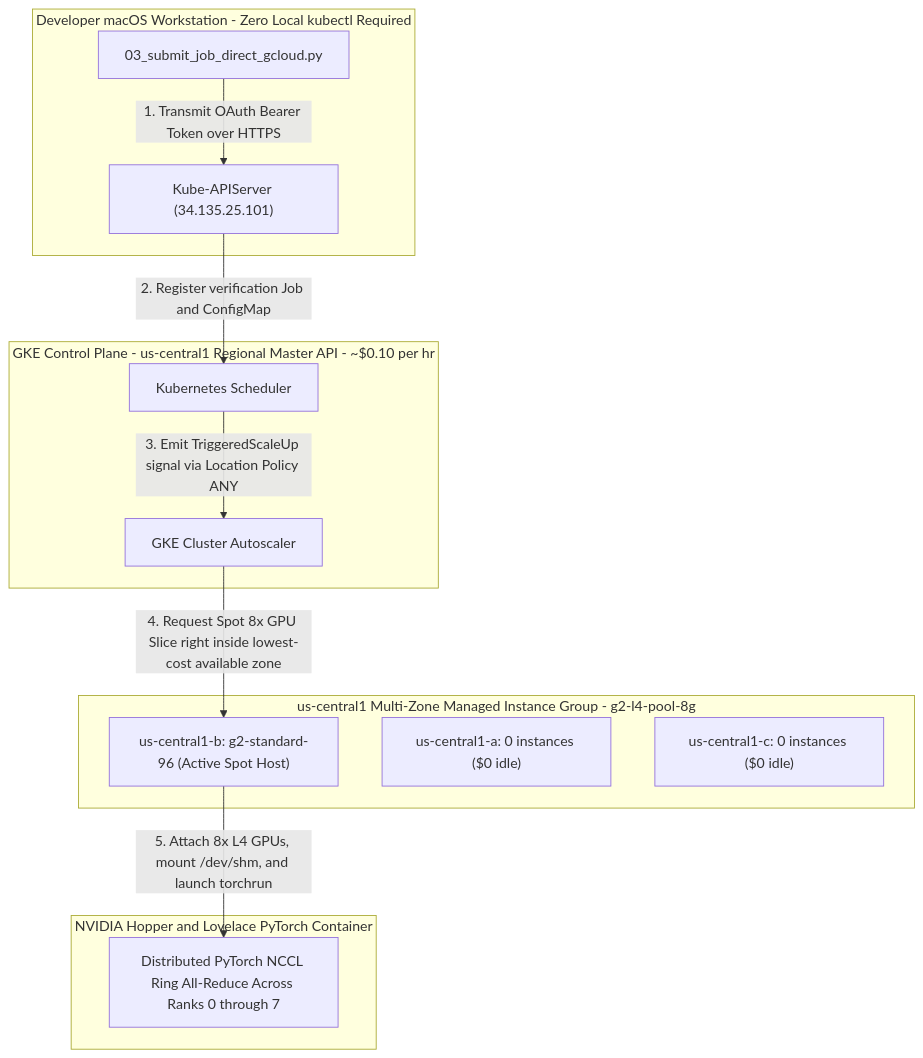
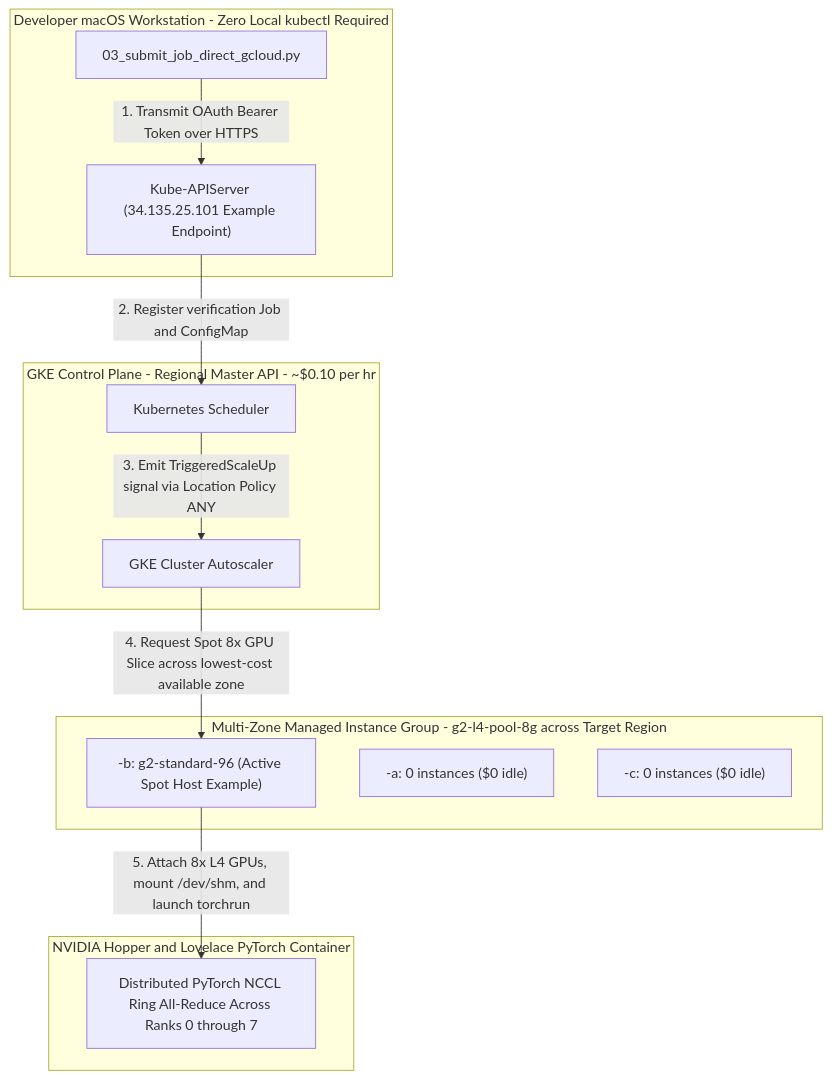
Before and after one commit to elideng-sg/hypercomputer-training-jobs: the diagram in GKE_GPU_WORKLOAD_INIT_TEST_GUIDE.md, drawn with Mermaid. The commit also changed other lines of this file and 2 other files, not shown here.

````diff
--- a/GKE_GPU_WORKLOAD_INIT_TEST_GUIDE.md
+++ b/GKE_GPU_WORKLOAD_INIT_TEST_GUIDE.md
@@ -108,21 +141,21 @@
 ```mermaid
 flowchart TB
     subgraph Client ["Developer macOS Workstation - Zero Local kubectl Required"]
         CLI["03_submit_job_direct_gcloud.py"] -->|1. Transmit OAuth Bearer Token over HTTPS| Master
     end
 
-    subgraph ControlPlane ["GKE Control Plane - us-central1 Regional Master API - ~$0.10 per hr"]
-        Master["Kube-APIServer (34.135.25.101)"] -->|2. Register verification Job and ConfigMap| Sched["Kubernetes Scheduler"]
+    subgraph ControlPlane ["GKE Control Plane - Regional Master API - ~$0.10 per hr"]
+        Master["Kube-APIServer (34.135.25.101 Example Endpoint)"] -->|2. Register verification Job and ConfigMap| Sched["Kubernetes Scheduler"]
         Sched -->|3. Emit TriggeredScaleUp signal via Location Policy ANY| Autoscaler["GKE Cluster Autoscaler"]
     end
 
-    subgraph ComputePools ["us-central1 Multi-Zone Managed Instance Group - g2-l4-pool-8g"]
-        Autoscaler -->|4. Request Spot 8x GPU Slice right inside lowest-cost available zone| ZoneB["us-central1-b: g2-standard-96 (Active Spot Host)"]
-        ZoneA["us-central1-a: 0 instances ($0 idle)"]
-        ZoneC["us-central1-c: 0 instances ($0 idle)"]
+    subgraph ComputePools ["Multi-Zone Managed Instance Group - g2-l4-pool-8g across Target Region"]
+        Autoscaler -->|4. Request Spot 8x GPU Slice across lowest-cost available zone| ZoneB["<REGION>-b: g2-standard-96 (Active Spot Host Example)"]
+        ZoneA["<REGION>-a: 0 instances ($0 idle)"]
+        ZoneC["<REGION>-c: 0 instances ($0 idle)"]
     end
 
     subgraph Container ["NVIDIA Hopper and Lovelace PyTorch Container"]
         ZoneB -->|5. Attach 8x L4 GPUs, mount /dev/shm, and launch torchrun| JobExecution["Distributed PyTorch NCCL Ring All-Reduce Across Ranks 0 through 7"]
     end
 ```
````
